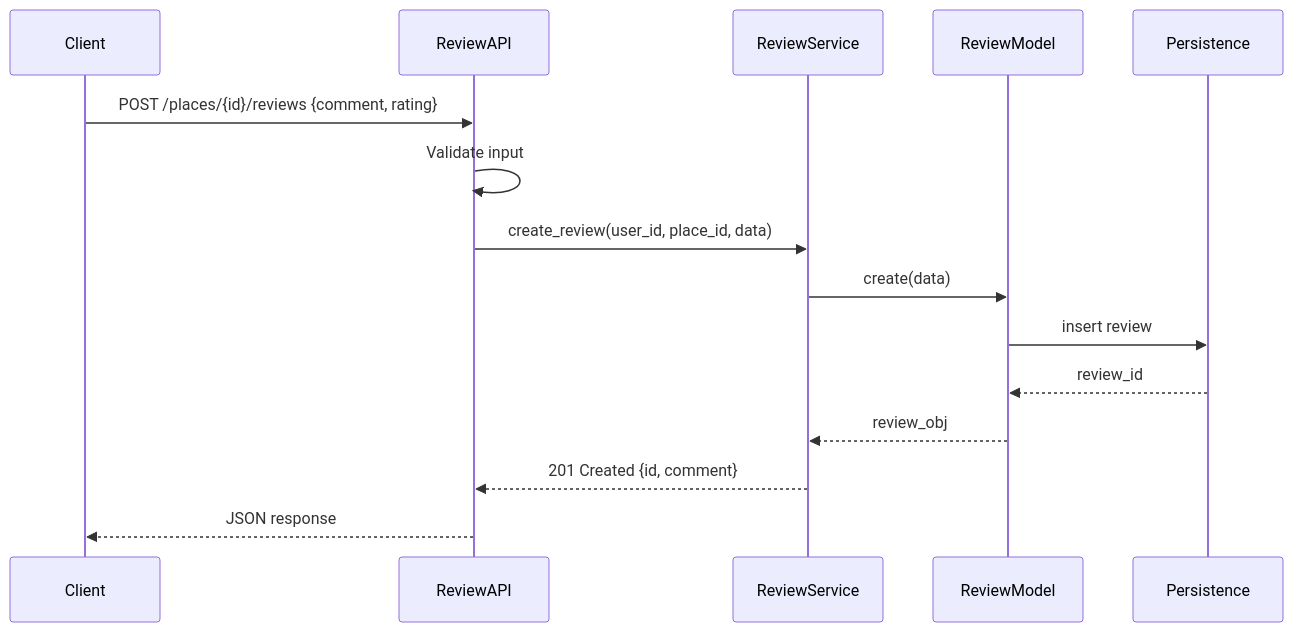
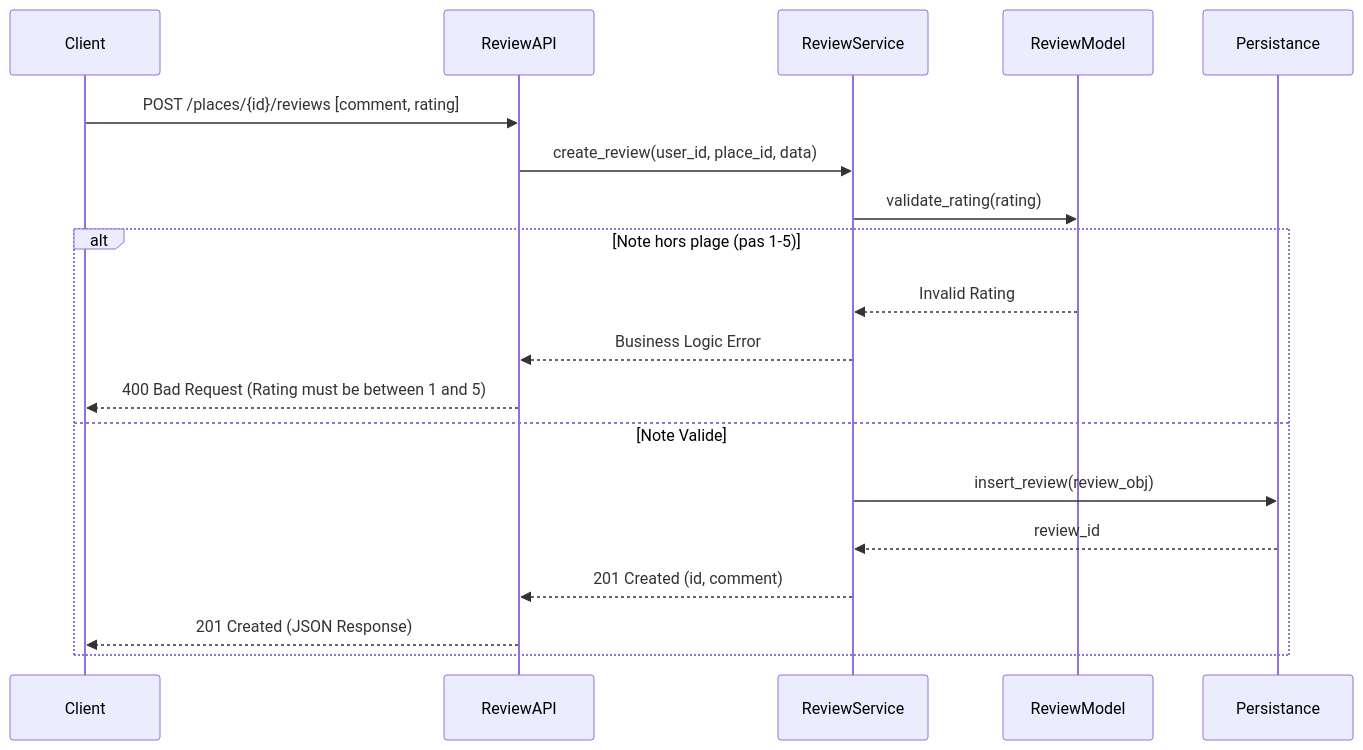
One commit to laetitiagrondin/holbertonschool-hbnb changed the third of 4 diagrams in part1/Sequence_Diagrams.md. Above: the diagram before and after it, drawn with Mermaid. The commit also changed other lines of this file, not shown here.

First line of the commit message:
Enhance sequence diagrams for user registration and place creation

````diff
--- a/part1/Sequence_Diagrams.md
+++ b/part1/Sequence_Diagrams.md
@@ -46,18 +67,24 @@
 ```mermaid
 sequenceDiagram
-    participant Client
-    participant ReviewAPI
-    participant ReviewService
-    participant ReviewModel
-    participant Persistence
+    participant C as Client
+    participant A as ReviewAPI
+    participant S as ReviewService
+    participant M as ReviewModel
+    participant P as Persistance
 
-    Client->>ReviewAPI: POST /places/{id}/reviews {comment, rating}
-    ReviewAPI->>ReviewAPI: Validate input
-    ReviewAPI->>ReviewService: create_review(user_id, place_id, data)
-    ReviewService->>ReviewModel: create(data)
-    ReviewModel->>Persistence: insert review
-    Persistence-->>ReviewModel: review_id
-    ReviewModel-->>ReviewService: review_obj
-    ReviewService-->>ReviewAPI: 201 Created {id, comment}
-    ReviewAPI-->>Client: JSON response
+    C->>A: POST /places/{id}/reviews [comment, rating]
+    
+    A->>S: create_review(user_id, place_id, data)
+    S->>M: validate_rating(rating)
+    
+    alt Note hors plage (pas 1-5)
+        M-->>S: Invalid Rating
+        S-->>A: Business Logic Error
+        A-->>C: 400 Bad Request (Rating must be between 1 and 5)
+    else Note Valide
+        S->>P: insert_review(review_obj)
+        P-->>S: review_id
+        S-->>A: 201 Created (id, comment)
+        A-->>C: 201 Created (JSON Response)
+    end
 ```
````
